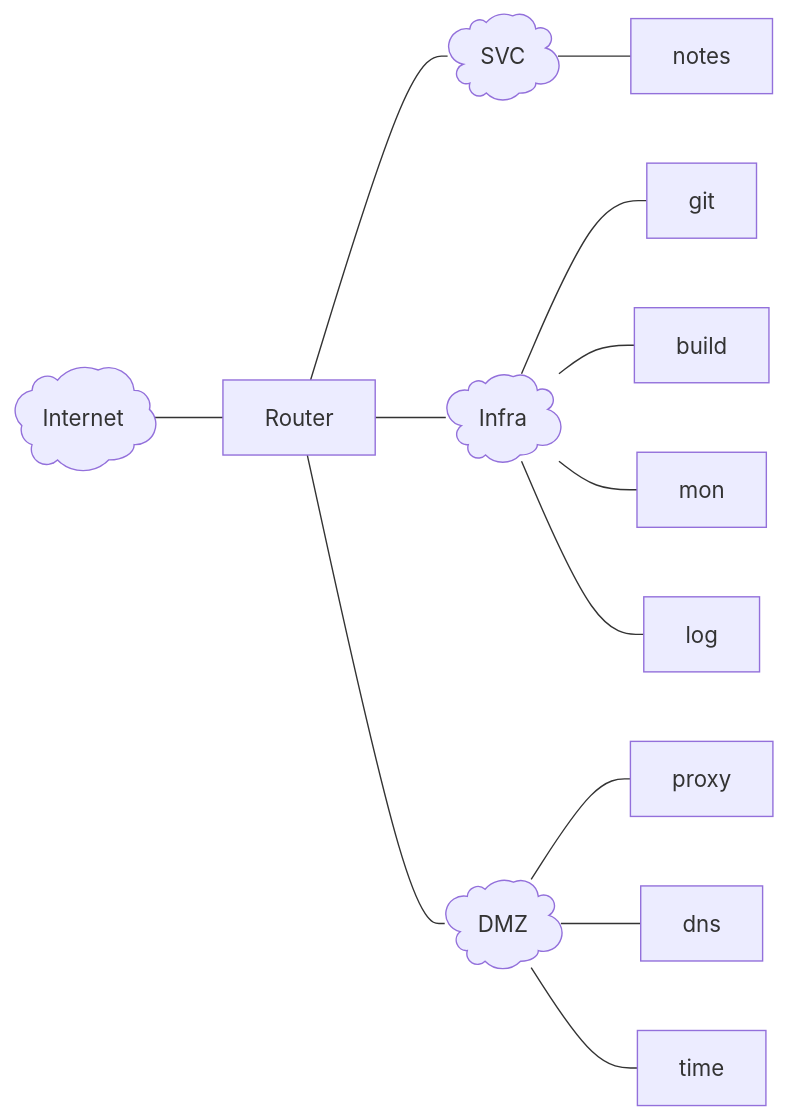
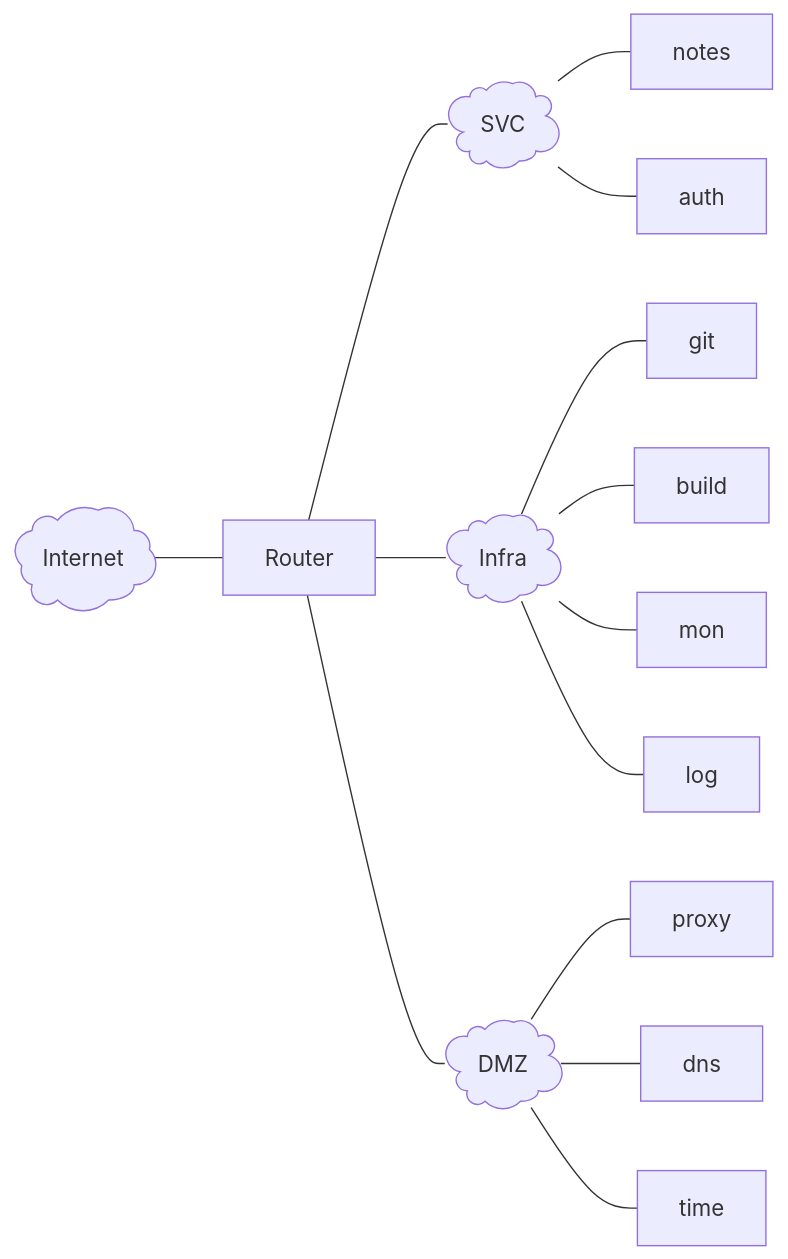
Before and after one commit to felbingereu/website: the second of 3 diagrams in docs/blog/posts/nixos-infra.md, drawn with Mermaid. The commit also changed other lines of this file, not shown here.

Commit message:
blog/post/nixos-infra: add hardening, may remove some of it before release

````diff
--- a/docs/blog/posts/nixos-infra.md
+++ b/docs/blog/posts/nixos-infra.md
@@ -1199,22 +1994,16 @@
 ```mermaid
 flowchart LR
-  %% networks
   internet[Internet]@{ shape: cloud } --- router[Router]
   router --- svc[SVC]@{ shape: cloud }
   router --- infra[Infra]@{ shape: cloud }
   router --- dmz[DMZ]@{ shape: cloud }
-
-  %% svc network
   svc --- notes
-
-  %% infra network
+  svc --- auth
   infra --- git
   infra --- build
   infra --- mon
   infra --- log
-
-  %% dmz network
   dmz --- proxy
   dmz --- dns
   dmz --- time
 ```
````
